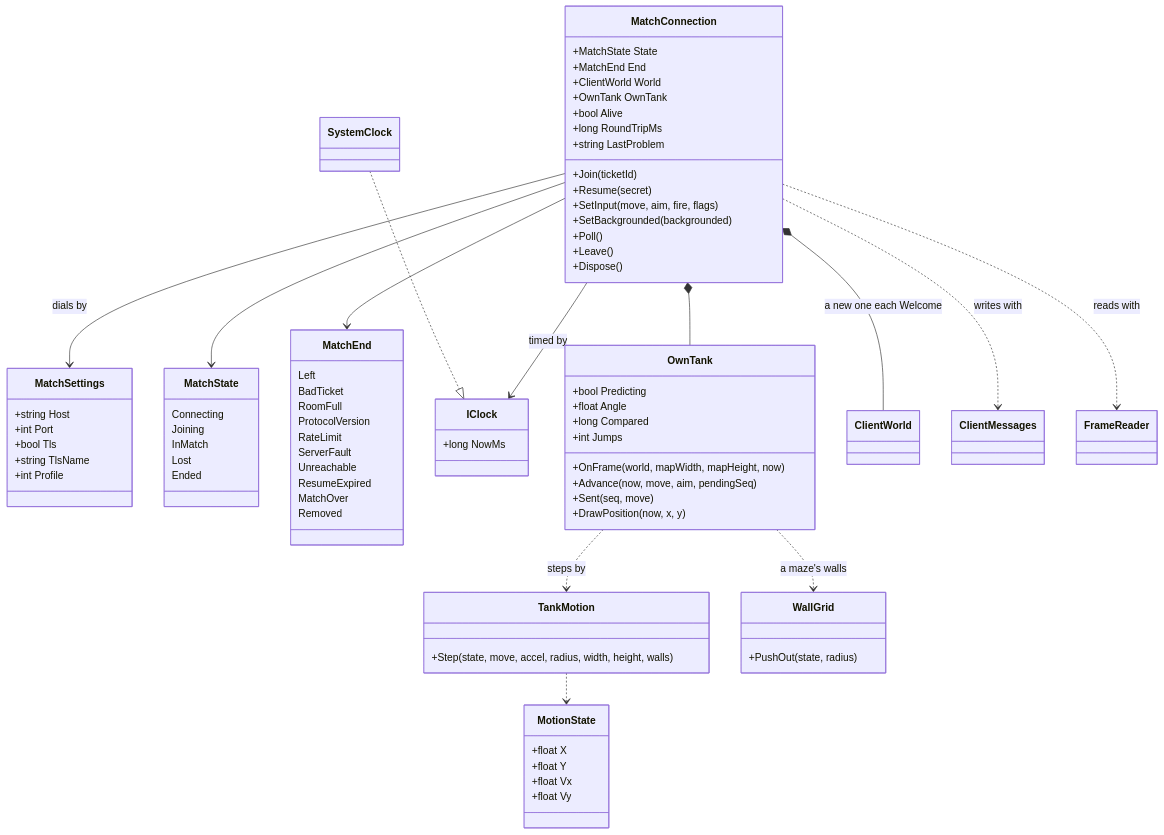
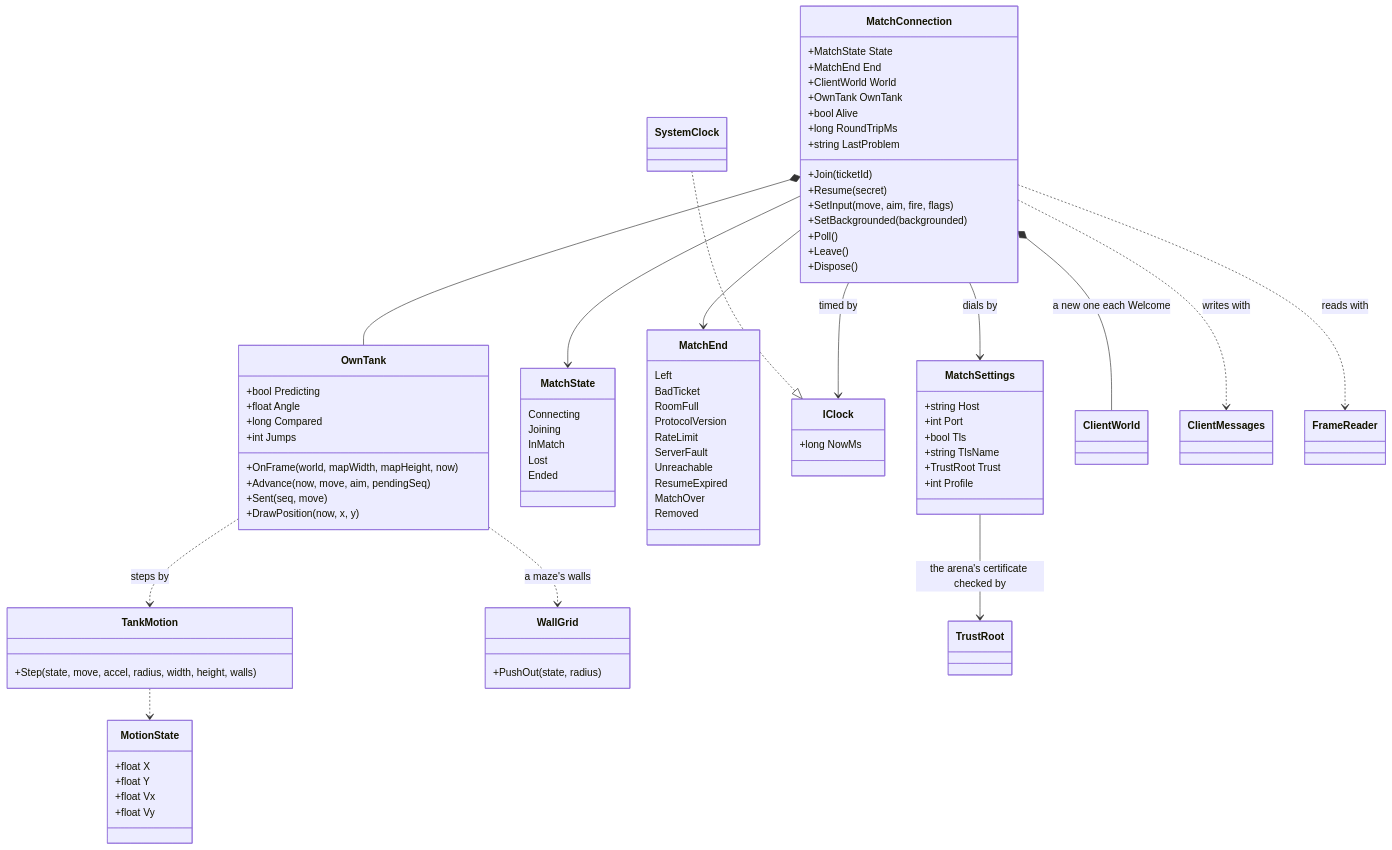
The second of 13 diagrams in docs/diagrams/06-client.md (greensoft-atom/depio-simulation-platform), drawn with Mermaid before and after one commit. The commit also changed other lines of this file and 121 other files, not shown here.

```diff
--- a/docs/diagrams/06-client.md
+++ b/docs/diagrams/06-client.md
@@ -144,6 +151,7 @@
         +int Port
         +bool Tls
         +string TlsName
+        +TrustRoot Trust
         +int Profile
     }
     class MatchState {
@@ -192,6 +200,7 @@
         +PushOut(state, radius)
     }
     MatchConnection --> MatchSettings : dials by
+    MatchSettings --> TrustRoot : the arena's certificate checked by
     MatchConnection --> IClock : timed by
     SystemClock ..|> IClock
     MatchConnection *-- ClientWorld : a new one each Welcome
```
